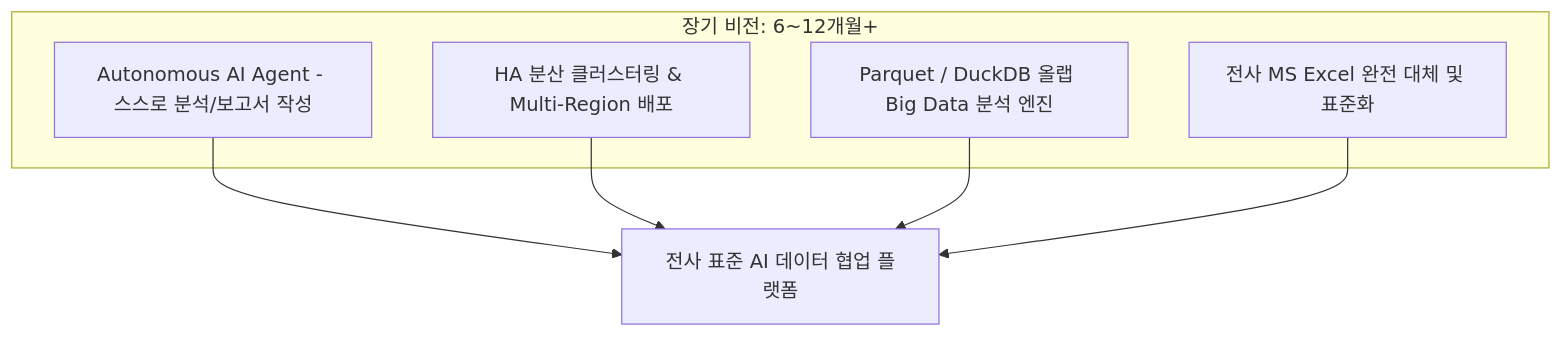
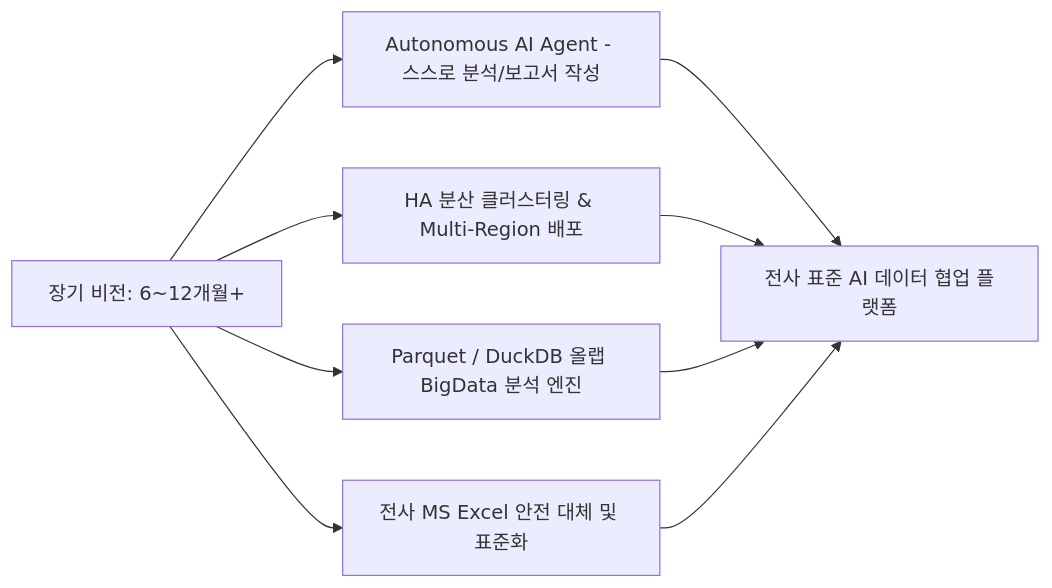
One commit to hkjang/kanpic changed the fourth of 4 diagrams in docs/ROADMAP_PLAN.md. Above: the diagram before and after it, drawn with Mermaid. The commit also changed other lines of this file and 9 other files, not shown here.

````diff
--- a/docs/ROADMAP_PLAN.md
+++ b/docs/ROADMAP_PLAN.md
@@ -107,14 +93,11 @@
 ```mermaid
-graph TD
-    subgraph LongTermVision [장기 비전: 6~12개월+]
-        A[Autonomous AI Agent - 스스로 분석/보고서 작성]
-        B[HA 분산 클러스터링 & Multi-Region 배포]
-        C[Parquet / DuckDB 올랩 Big Data 분석 엔진]
-        D[전사 MS Excel 완전 대체 및 표준화]
-    end
-
-    A --> EnterpriseStandard[전사 표준 AI 데이터 협업 플랫폼]
-    B --> EnterpriseStandard
-    C --> EnterpriseStandard
-    D --> EnterpriseStandard
+flowchart LR
+    A[장기 비전: 6~12개월+] --> B[Autonomous AI Agent - 스스로 분석/보고서 작성]
+    A --> C[HA 분산 클러스터링 & Multi-Region 배포]
+    A --> D[Parquet / DuckDB 올랩 BigData 분석 엔진]
+    A --> E[전사 MS Excel 안전 대체 및 표준화]
+    B --> F[전사 표준 AI 데이터 협업 플랫폼]
+    C --> F
+    D --> F
+    E --> F
 ```
````
